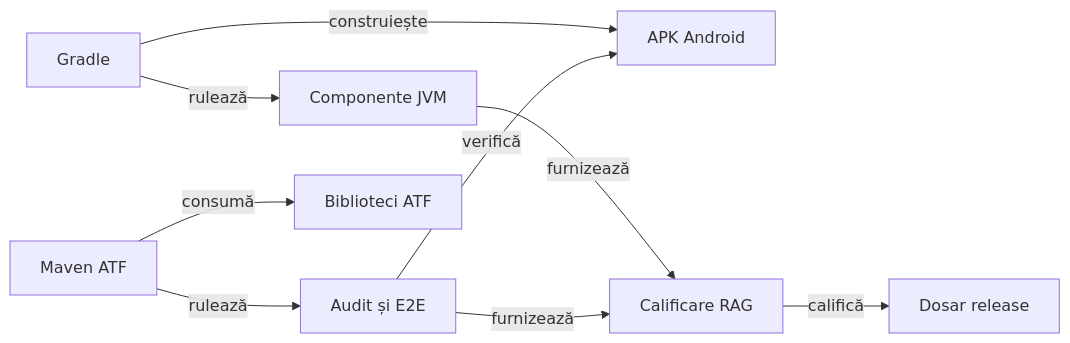
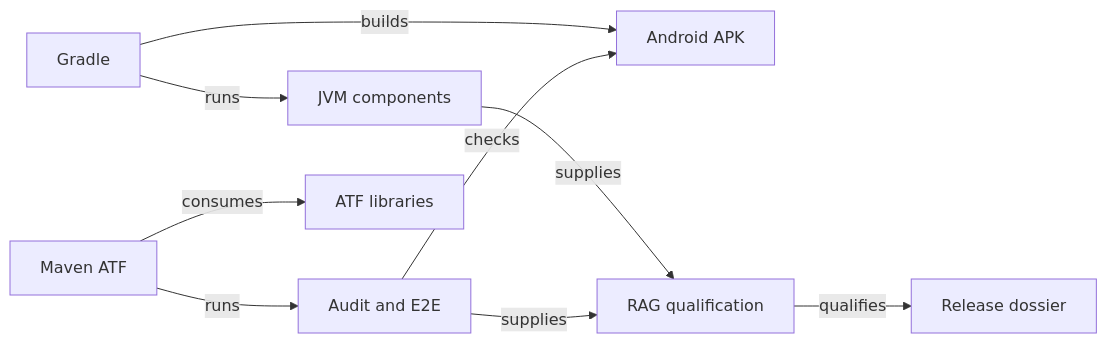
Before and after one commit to crististefanita/atf_j4: the first of 2 diagrams in README.md, drawn with Mermaid. The commit also changed other lines of this file and 122 other files, not shown here.

````diff
--- a/README.md
+++ b/README.md
@@ -18,19 +18,19 @@
 ```mermaid
 flowchart LR
     gradle[Gradle]
-    produs[APK Android]
-    componente[Componente JVM]
+    produs[Android APK]
+    componente[JVM components]
     maven[Maven ATF]
-    verificari[Audit și E2E]
-    librarii[Biblioteci ATF]
-    rag[Calificare RAG]
-    dosar[Dosar release]
-    gradle -->|construiește| produs
-    gradle -->|rulează| componente
-    maven -->|rulează| verificari
-    maven -->|consumă| librarii
-    verificari -->|verifică| produs
-    componente -->|furnizează| rag
-    verificari -->|furnizează| rag
-    rag -->|califică| dosar
+    verificari[Audit and E2E]
+    librarii[ATF libraries]
+    rag[RAG qualification]
+    dosar[Release dossier]
+    gradle -->|builds| produs
+    gradle -->|runs| componente
+    maven -->|runs| verificari
+    maven -->|consumes| librarii
+    verificari -->|checks| produs
+    componente -->|supplies| rag
+    verificari -->|supplies| rag
+    rag -->|qualifies| dosar
 ```
````
